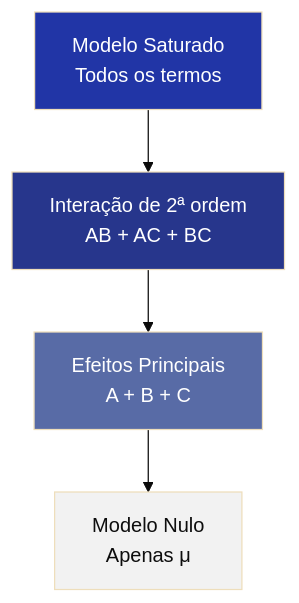
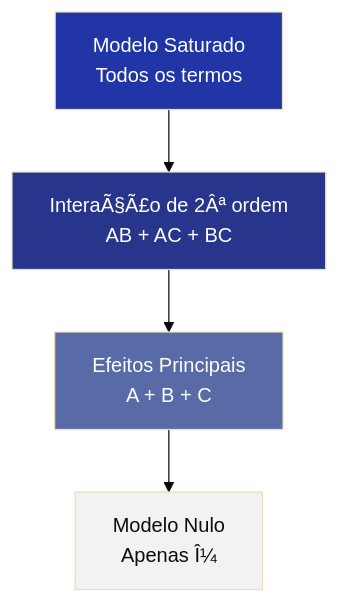
The second of 3 diagrams in aulas/analise_dados_ambientais/aulas/16_associacao_dependencia/associacao_dependencia.qmd (ldvsantos/cv), drawn with Mermaid (base theme) before and after one commit. The commit also changed other lines of this file and 245 other files, not shown here.

````diff
--- a/aulas/analise_dados_ambientais/aulas/16_associacao_dependencia/associacao_dependencia.qmd
+++ b/aulas/analise_dados_ambientais/aulas/16_associacao_dependencia/associacao_dependencia.qmd
@@ -248,11 +248,11 @@
 ```{mermaid}
 %%| fig-width: 10
 flowchart TD
-  S["Modelo Saturado<br>Todos os termos"] --> I2["Interação de 2ª ordem<br>AB + AC + BC"]
+  S["Modelo Saturado<br>Todos os termos"] --> I2["InteraÃ§Ã£o de 2Âª ordem<br>AB + AC + BC"]
   I2 --> I1["Efeitos Principais<br>A + B + C"]
-  I1 --> N["Modelo Nulo<br>Apenas μ"]
+  I1 --> N["Modelo Nulo<br>Apenas Î¼"]
   style S fill:#2135A6,color:#fff
   style I2 fill:#27368C,color:#fff
   style I1 fill:#586BA6,color:#fff
   style N fill:#F2F2F2,color:#0D0D0D
 ```
````
